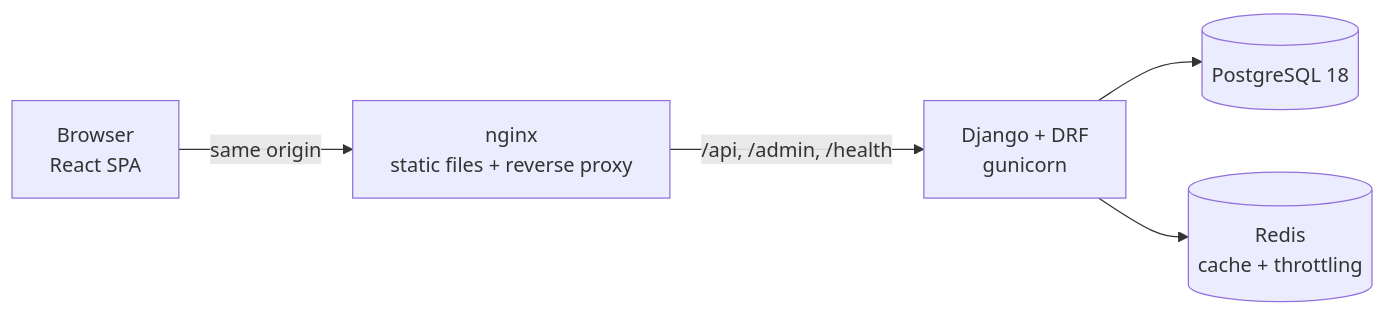
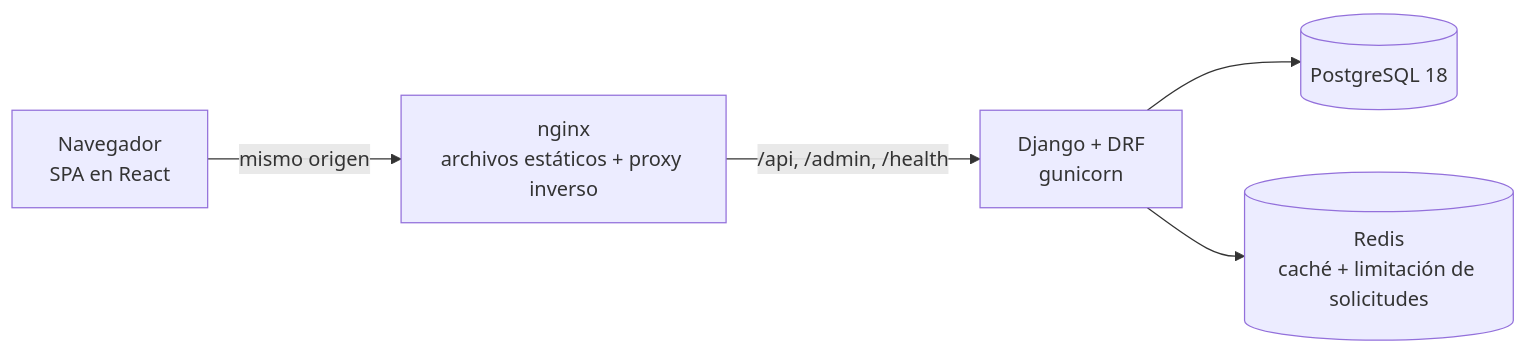
One commit to leonardogr15/flowops changed the diagram in README.md. Above: the diagram before and after it, drawn with Mermaid. The commit also changed other lines of this file, not shown here.

````diff
--- a/README.md
+++ b/README.md
@@ -23,7 +20,7 @@
 ```mermaid
 flowchart LR
-    B[Browser<br/>React SPA] -->|same origin| N[nginx<br/>static files + reverse proxy]
+    B[Navegador<br/>SPA en React] -->|mismo origen| N[nginx<br/>archivos estáticos + proxy inverso]
     N -->|/api, /admin, /health| A[Django + DRF<br/>gunicorn]
     A --> P[(PostgreSQL 18)]
-    A --> R[(Redis<br/>cache + throttling)]
+    A --> R[(Redis<br/>caché + limitación de solicitudes)]
 ```
````
